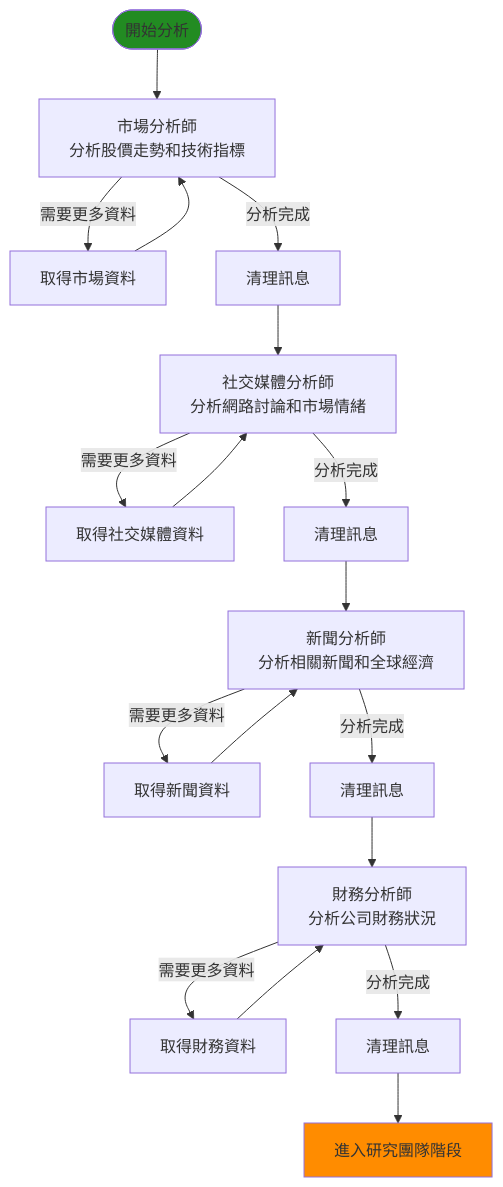
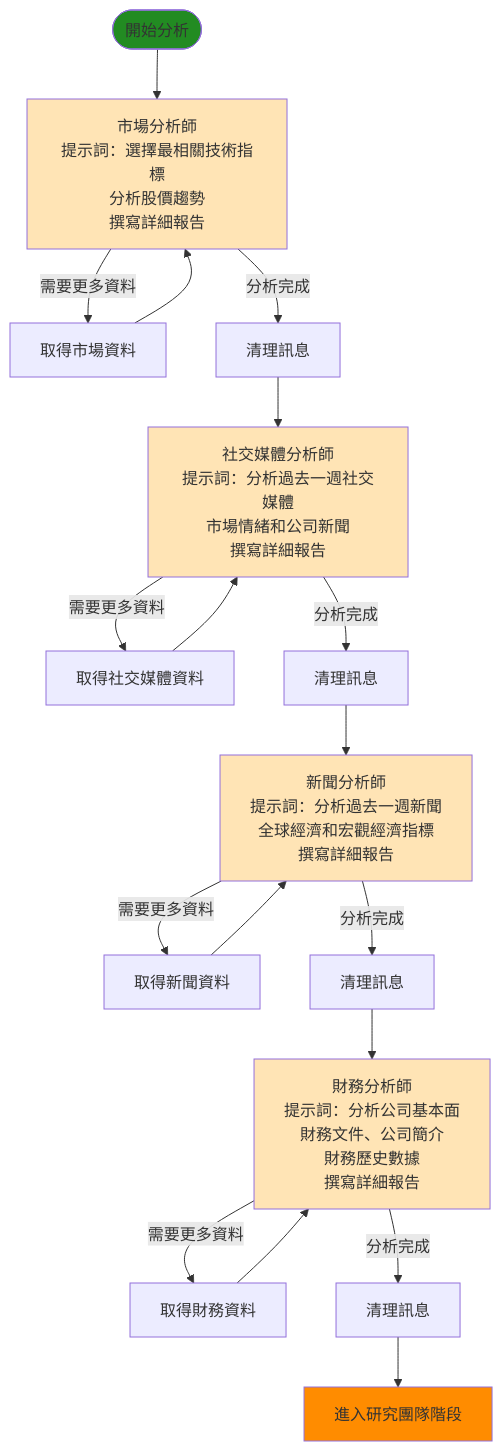
One commit to chitienshih-wq/Git_Test changed the third of 9 diagrams in 流程圖_簡化.md. Above: the diagram before and after it, drawn with Mermaid. The commit also changed other lines of this file, not shown here.

````diff
--- a/流程圖_簡化.md
+++ b/流程圖_簡化.md
@@ -64,31 +66,35 @@
 ```mermaid
 flowchart TD
-    Start([開始分析]) --> MarketAnalyst[市場分析師<br/>分析股價走勢和技術指標]
+    Start([開始分析]) --> MarketAnalyst[市場分析師<br/>提示詞：選擇最相關技術指標<br/>分析股價趨勢<br/>撰寫詳細報告]
     
     MarketAnalyst -->|需要更多資料| GetMarketData[取得市場資料]
     MarketAnalyst -->|分析完成| ClearMarket[清理訊息]
     GetMarketData --> MarketAnalyst
     
-    ClearMarket --> SocialAnalyst[社交媒體分析師<br/>分析網路討論和市場情緒]
+    ClearMarket --> SocialAnalyst[社交媒體分析師<br/>提示詞：分析過去一週社交媒體<br/>市場情緒和公司新聞<br/>撰寫詳細報告]
     
     SocialAnalyst -->|需要更多資料| GetSocialData[取得社交媒體資料]
     SocialAnalyst -->|分析完成| ClearSocial[清理訊息]
     GetSocialData --> SocialAnalyst
     
-    ClearSocial --> NewsAnalyst[新聞分析師<br/>分析相關新聞和全球經濟]
+    ClearSocial --> NewsAnalyst[新聞分析師<br/>提示詞：分析過去一週新聞<br/>全球經濟和宏觀經濟指標<br/>撰寫詳細報告]
     
     NewsAnalyst -->|需要更多資料| GetNewsData[取得新聞資料]
     NewsAnalyst -->|分析完成| ClearNews[清理訊息]
     GetNewsData --> NewsAnalyst
     
-    ClearNews --> FundAnalyst[財務分析師<br/>分析公司財務狀況]
+    ClearNews --> FundAnalyst[財務分析師<br/>提示詞：分析公司基本面<br/>財務文件、公司簡介<br/>財務歷史數據<br/>撰寫詳細報告]
     
     FundAnalyst -->|需要更多資料| GetFundData[取得財務資料]
     FundAnalyst -->|分析完成| ClearFund[清理訊息]
     GetFundData --> FundAnalyst
     
     ClearFund --> ResearchTeam[進入研究團隊階段]
     
     style Start fill:#228B22
     style ResearchTeam fill:#FF8C00
+    style MarketAnalyst fill:#FFE4B5
+    style SocialAnalyst fill:#FFE4B5
+    style NewsAnalyst fill:#FFE4B5
+    style FundAnalyst fill:#FFE4B5
 ```
````
